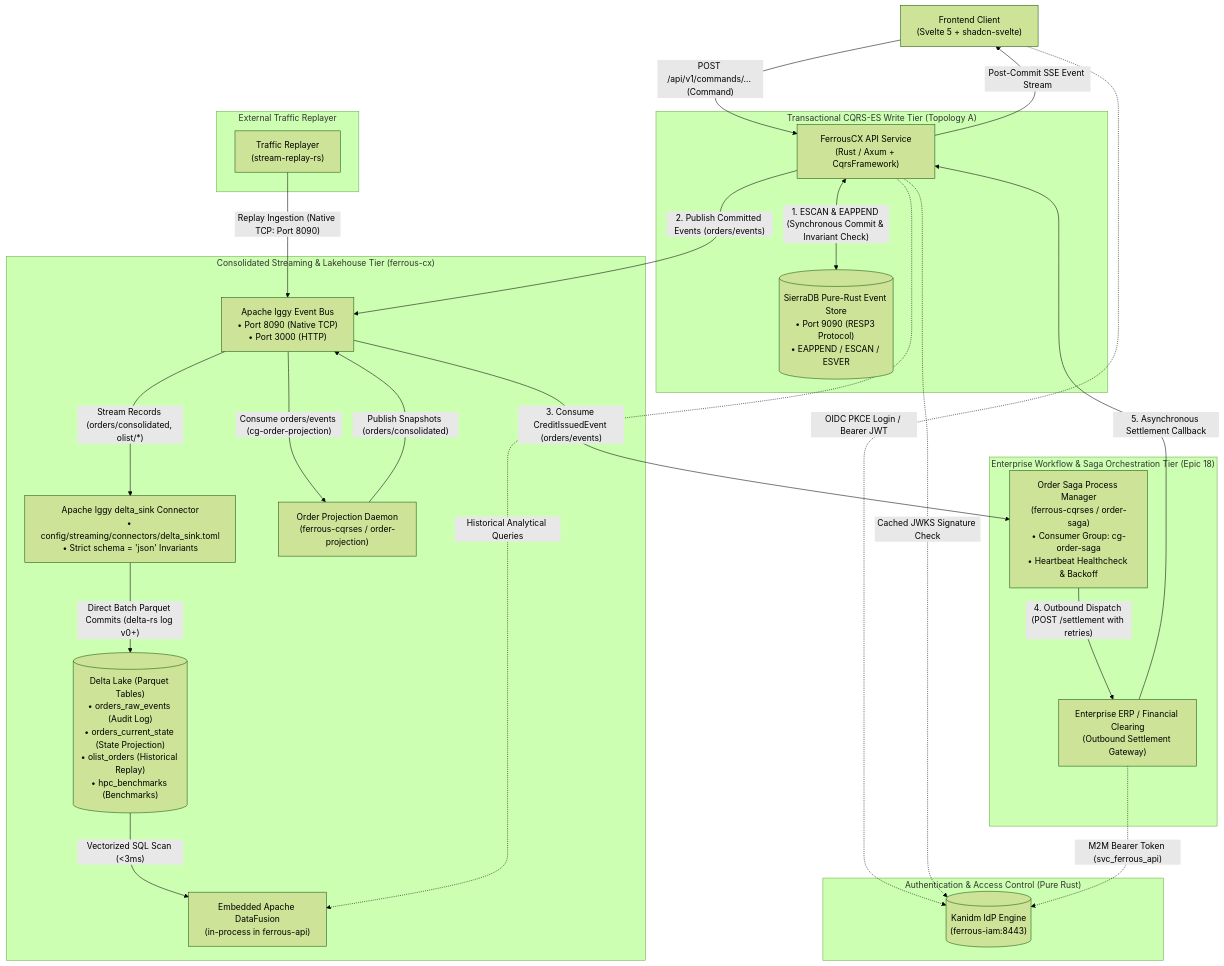
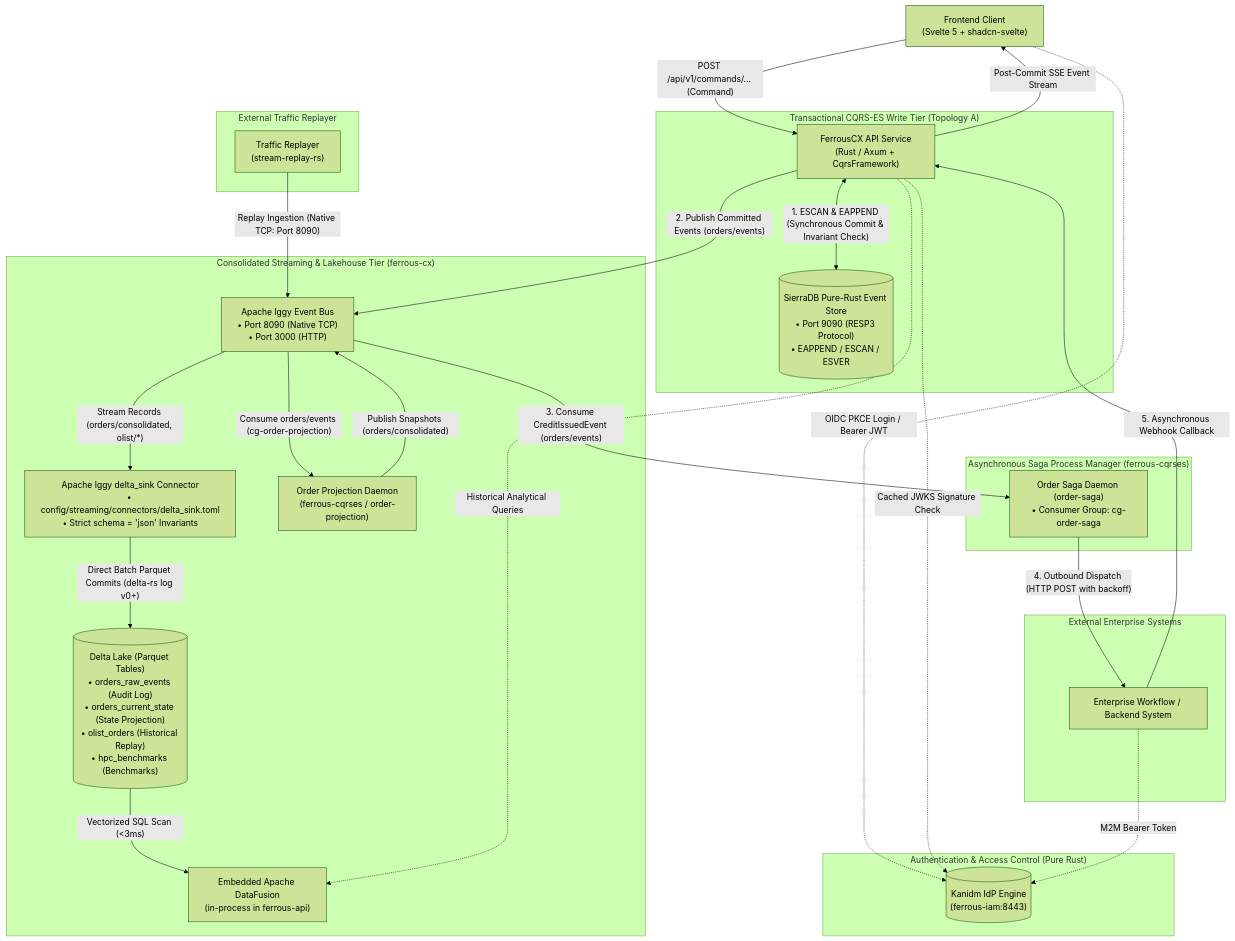
Before and after one commit to reidlai/ferrous-cx: the diagram in README.md, drawn with Mermaid (forest theme). The commit also changed other lines of this file, not shown here.

Commit message:
docs(architecture): simplify enterprise workflow and backend system representation in README

````diff
--- a/README.md
+++ b/README.md
@@ -34,51 +34,54 @@
 ```mermaid
 flowchart TD
     Client["Frontend Client<br/>(Svelte 5 + shadcn-svelte)"] -->|"POST /api/v1/commands/... (Command)"| ApiService["FerrousCX API Service<br/>(Rust / Axum + CqrsFramework)"]
     ApiService -->|"Post-Commit SSE Event Stream"| Client
 
     subgraph Ingestion_Source ["External Traffic Replayer"]
         Replayer["Traffic Replayer<br/>(stream-replay-rs)"]
     end
 
     subgraph CQRS_Write_Path ["Transactional CQRS-ES Write Tier (Topology A)"]
         SierraDB[("SierraDB Pure-Rust Event Store<br/>• Port 9090 (RESP3 Protocol)<br/>• EAPPEND / ESCAN / ESVER")]
         ApiService <-->|"1. ESCAN & EAPPEND (Synchronous Commit & Invariant Check)"| SierraDB
     end
 
     subgraph Streaming_Tier ["Consolidated Streaming & Lakehouse Tier (ferrous-cx)"]
         Iggy["Apache Iggy Event Bus<br/>• Port 8090 (Native TCP)<br/>• Port 3000 (HTTP)"]
         DeltaSink["Apache Iggy delta_sink Connector<br/>• config/streaming/connectors/delta_sink.toml<br/>• Strict schema = 'json' Invariants"]
 
         ApiService -->|"2. Publish Committed Events (orders/events)"| Iggy
         OrderProjection["Order Projection Daemon<br/>(ferrous-cqrses / order-projection)"]
         Iggy -->|"Consume orders/events (cg-order-projection)"| OrderProjection
         OrderProjection -->|"Publish Snapshots (orders/consolidated)"| Iggy
         Iggy -->|"Stream Records (orders/consolidated, olist/*)"| DeltaSink
 
         DeltaLake[("Delta Lake (Parquet Tables)<br/>• orders_raw_events (Audit Log)<br/>• orders_current_state (State Projection)<br/>• olist_orders (Historical Replay)<br/>• hpc_benchmarks (Benchmarks)")]
         DeltaSink -->|"Direct Batch Parquet Commits (delta-rs log v0+)"| DeltaLake
 
         DataFusion["Embedded Apache DataFusion<br/>(in-process in ferrous-api)"]
         DeltaLake -->|"Vectorized SQL Scan (<3ms)"| DataFusion
     end
 
-    subgraph Saga_Tier ["Enterprise Workflow & Saga Orchestration Tier (Epic 18)"]
-        OrderSaga["Order Saga Process Manager<br/>(ferrous-cqrses / order-saga)<br/>• Consumer Group: cg-order-saga<br/>• Heartbeat Healthcheck & Backoff"]
-        EnterpriseERP["Enterprise ERP / Financial Clearing<br/>(Outbound Settlement Gateway)"]
+    subgraph Saga_Process_Manager ["Asynchronous Saga Process Manager (ferrous-cqrses)"]
+        OrderSaga["Order Saga Daemon (order-saga)<br/>• Consumer Group: cg-order-saga"]
+        Iggy -->|"3. Consume CreditIssuedEvent (orders/events)"| OrderSaga
+    end
 
-        Iggy -->|"3. Consume CreditIssuedEvent (orders/events)"| OrderSaga
-        OrderSaga -->|"4. Outbound Dispatch (POST /settlement with retries)"| EnterpriseERP
-        EnterpriseERP -->|"5. Asynchronous Settlement Callback"| ApiService
+    subgraph External_Enterprise ["External Enterprise Systems"]
+        EnterpriseWorkflow["Enterprise Workflow / Backend System"]
     end
 
     subgraph IAM_Layer ["Authentication & Access Control (Pure Rust)"]
         IAM[("Kanidm IdP Engine<br/>(ferrous-iam:8443)")]
     end
 
     %% Cross-tier communication edges
     Replayer -->|"Replay Ingestion (Native TCP: Port 8090)"| Iggy
     ApiService -.->|"Historical Analytical Queries"| DataFusion
     Client -.->|"OIDC PKCE Login / Bearer JWT"| IAM
     ApiService -.->|"Cached JWKS Signature Check"| IAM
-    EnterpriseERP -.->|"M2M Bearer Token (svc_ferrous_api)"| IAM
+
+    OrderSaga -->|"4. Outbound Dispatch (HTTP POST with backoff)"| EnterpriseWorkflow
+    EnterpriseWorkflow -->|"5. Asynchronous Webhook Callback"| ApiService
+    EnterpriseWorkflow -.->|"M2M Bearer Token"| IAM
 ```
````
